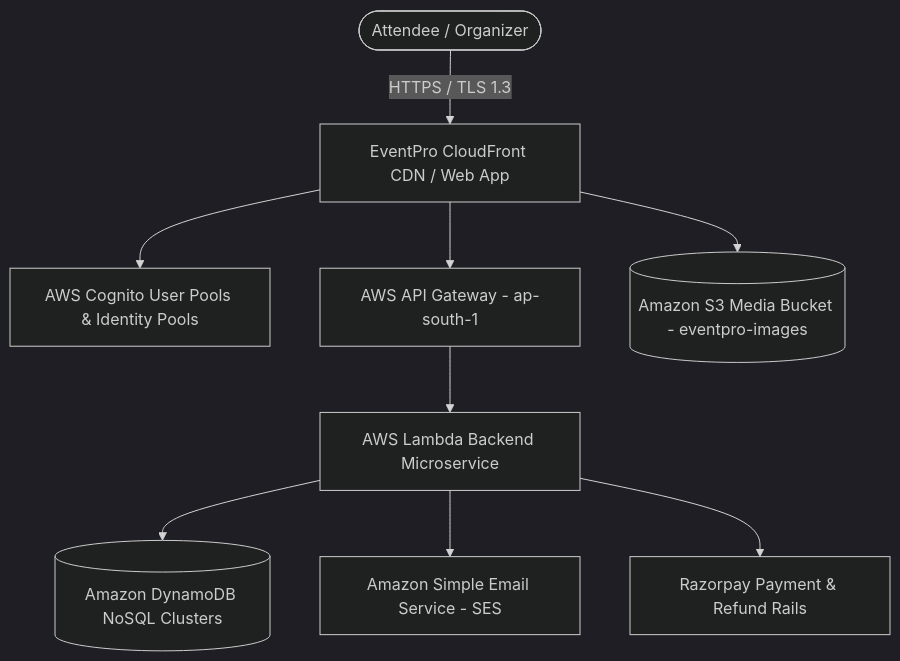
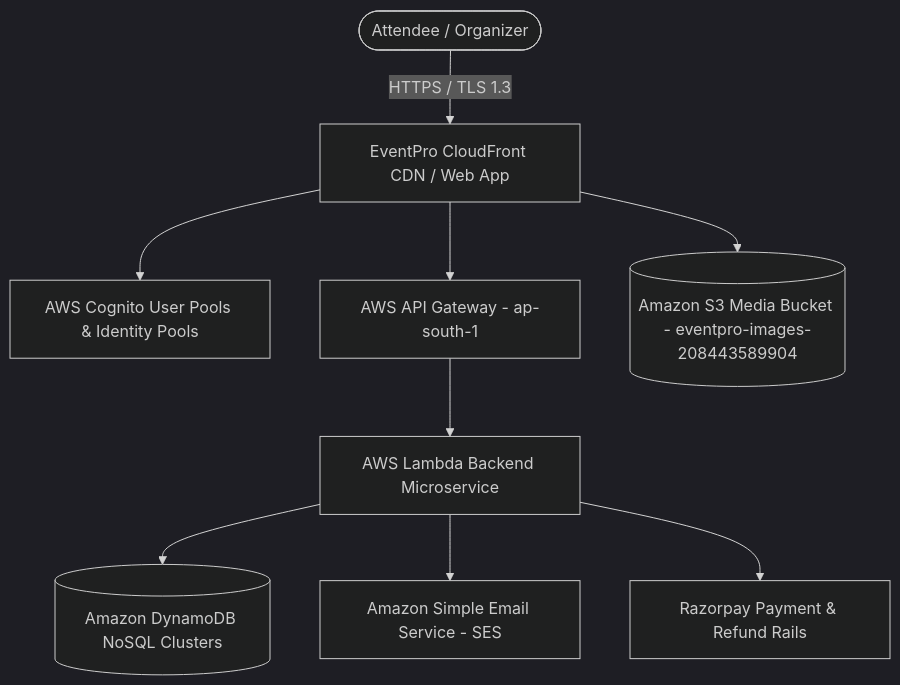
The first of 4 diagrams in dist_cloudflare/EVENTPRO_PROJECT_REPORT.md (jyotiprakash05/EVENT-MANAGER), drawn with Mermaid (dark theme) before and after one commit. The commit also changed other lines of this file and 20 other files, not shown here.

````diff
--- a/dist_cloudflare/EVENTPRO_PROJECT_REPORT.md
+++ b/dist_cloudflare/EVENTPRO_PROJECT_REPORT.md
@@ -67,13 +67,13 @@
 ```mermaid
 graph TD
     User([Attendee / Organizer]) -->|HTTPS / TLS 1.3| CloudFront[EventPro CloudFront CDN / Web App]
     CloudFront --> Auth[AWS Cognito User Pools & Identity Pools]
     CloudFront --> APIGW[AWS API Gateway - ap-south-1]
     
     APIGW --> Lambda[AWS Lambda Backend Microservice]
     Lambda --> DDB[(Amazon DynamoDB NoSQL Clusters)]
     Lambda --> SES[Amazon Simple Email Service - SES]
     Lambda --> RZP[Razorpay Payment & Refund Rails]
     
-    CloudFront --> S3[(Amazon S3 Media Bucket - eventpro-images)]
+    CloudFront --> S3[(Amazon S3 Media Bucket - eventpro-images-208443589904)]
 ```
````
